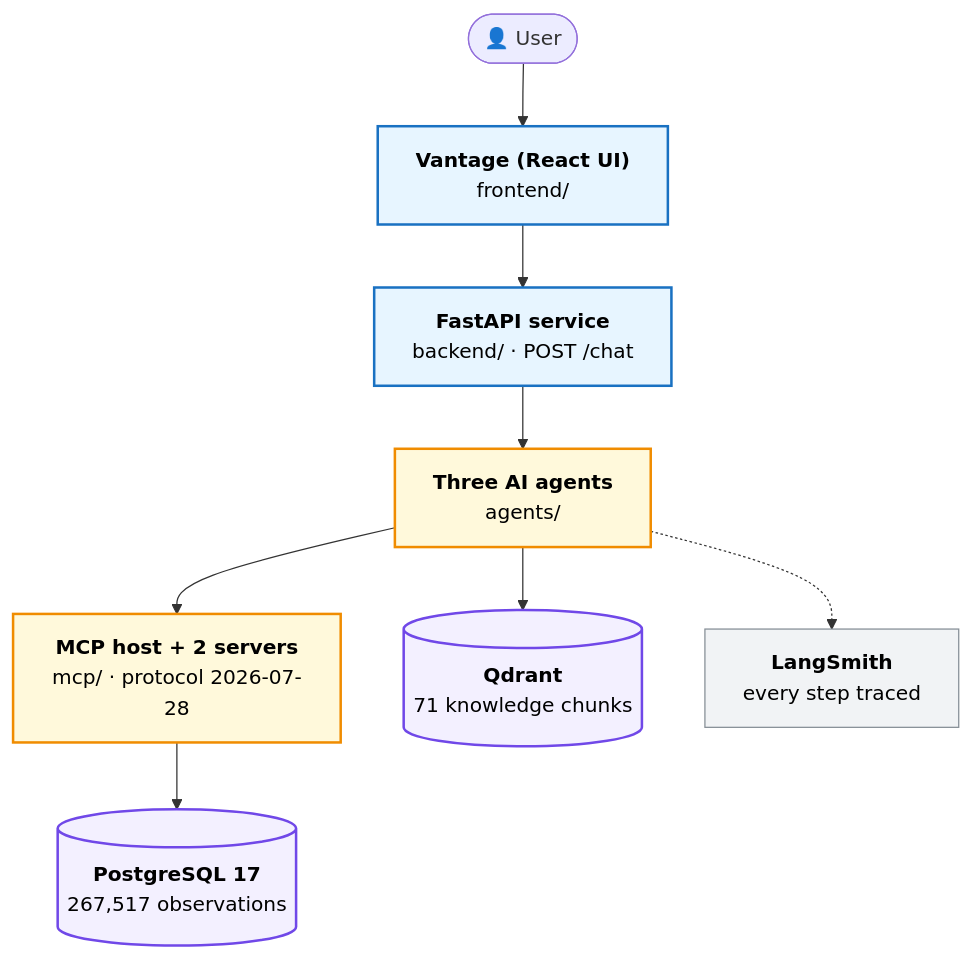
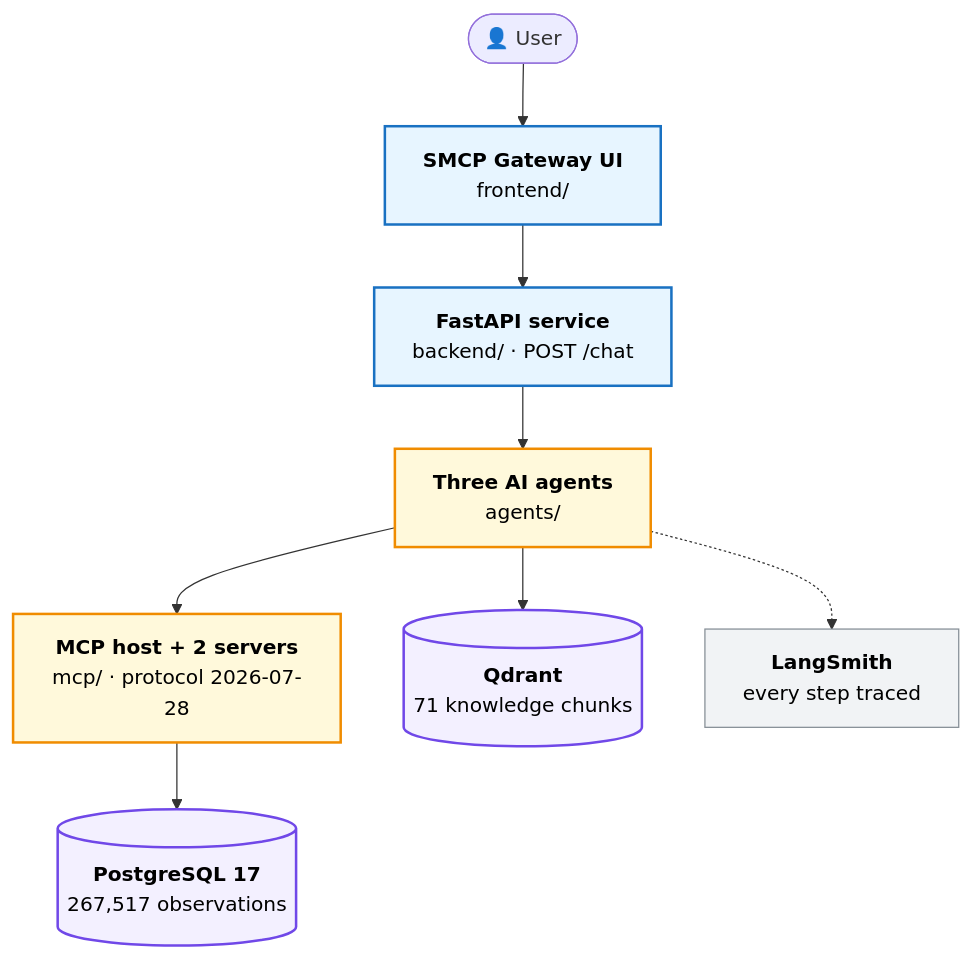
One commit to KrishnaAnnavaram/semantic-mcp-data-access-gateway changed the first of 10 diagrams in README.md. Above: the diagram before and after it, drawn with Mermaid. The commit also changed other lines of this file and 10 other files, not shown here.

````diff
--- a/README.md
+++ b/README.md
@@ -68,28 +68,28 @@
 ```mermaid
 flowchart TB
     U(["👤 User"])
-    F["<b>Vantage (React UI)</b><br/>frontend/"]
+    F["<b>SMCP Gateway UI</b><br/>frontend/"]
     B["<b>FastAPI service</b><br/>backend/ · POST /chat"]
     A["<b>Three AI agents</b><br/>agents/"]
     M["<b>MCP host + 2 servers</b><br/>mcp/ · protocol 2026-07-28"]
     P[("<b>PostgreSQL 17</b><br/>267,517 observations")]
     Q[("<b>Qdrant</b><br/>71 knowledge chunks")]
     L["<b>LangSmith</b><br/>every step traced"]
 
     U --> F
     F --> B
     B --> A
     A --> M
     M --> P
     A --> Q
     A -.-> L
 
     classDef ui fill:#e7f5ff,stroke:#1971c2,stroke-width:2px,color:#000
     classDef agent fill:#fff9db,stroke:#f08c00,stroke-width:2px,color:#000
     classDef store fill:#f3f0ff,stroke:#7048e8,stroke-width:2px,color:#000
     classDef obs fill:#f1f3f5,stroke:#868e96,color:#000
     class F,B ui
     class A,M agent
     class P,Q store
     class L obs
 ```
````
